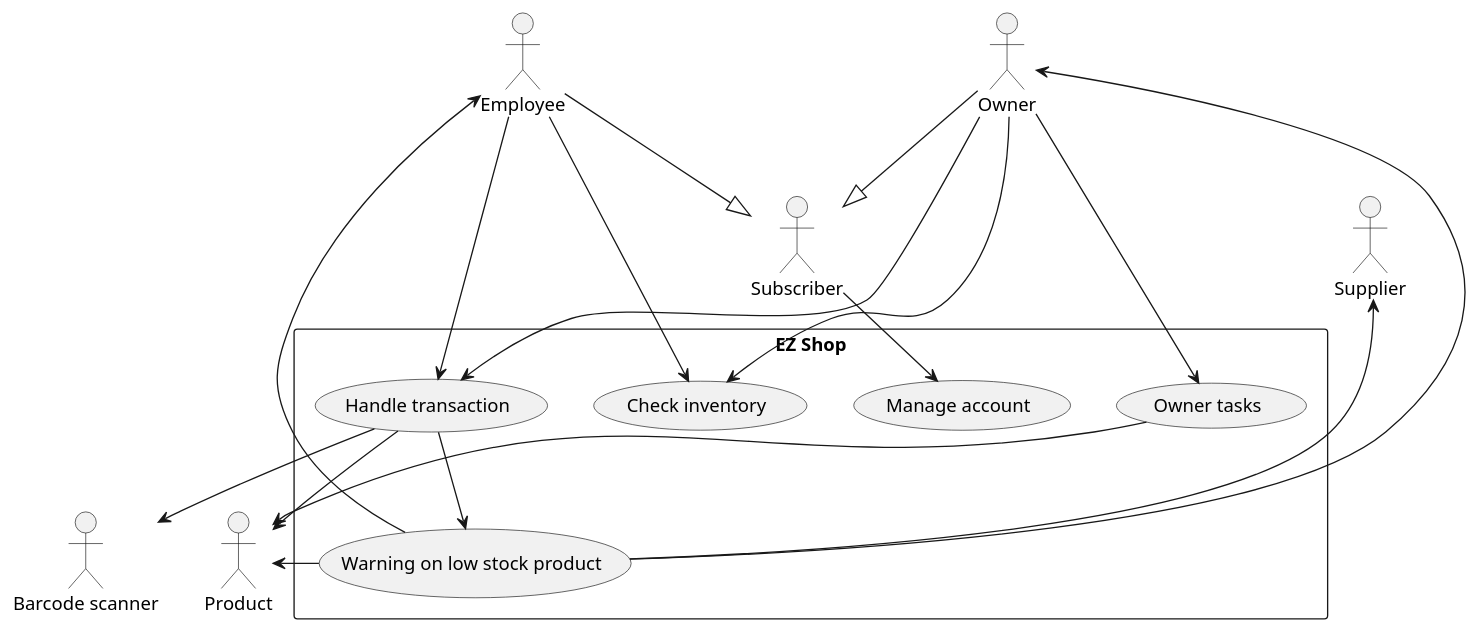
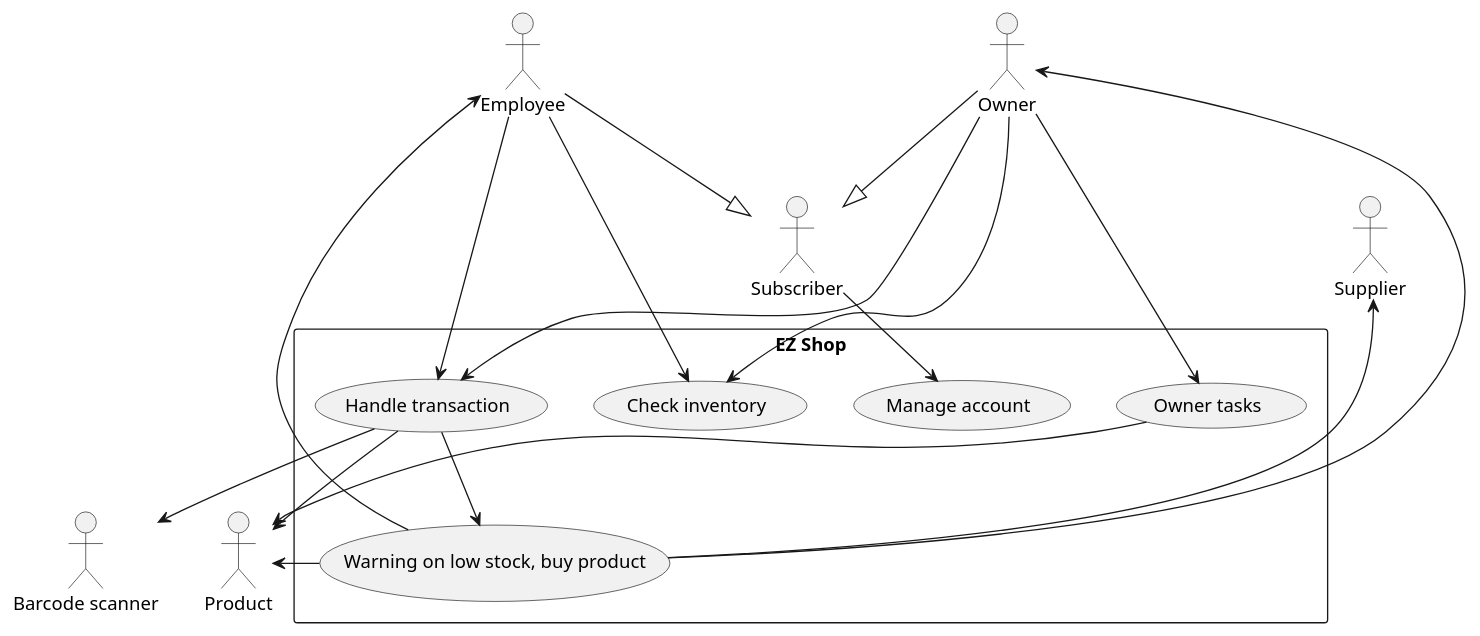
Before and after one commit to nicolabattaglino/ezshop: the second of 7 diagrams in Deliverables/RequirementsDocument.md, drawn with PlantUML. The commit also changed other lines of this file and 1 other file, not shown here.

Commit message:
GuyPrototype.md: added description for warning on low stock, Buy product

````diff
--- a/Deliverables/RequirementsDocument.md
+++ b/Deliverables/RequirementsDocument.md
@@ -203,39 +203,39 @@
 ```plantuml
 @startuml
 
 rectangle "EZ Shop" as EZShop{
-"Warning on low stock product" as (warning)
+"Warning on low stock, buy product" as (warning)
 "Handle transaction" as (handleTransaction)
 
 "Check inventory" as (checkInventory)
 "Manage account" as (manageAccount)
 "Owner tasks" as (ownerTasks)
 
 
 }
 
 "Owner" as owner
 "Employee" as employee
 "Subscriber" as subscriber
 "Supplier" as supplier
 "Product" as product
 "Barcode scanner" as bcScanner
 owner-->(checkInventory)
 employee -->(checkInventory)
 owner --> (ownerTasks)
 (handleTransaction)->product
 (handleTransaction) --> bcScanner
 owner<---(warning)
 employee<---(warning)
 supplier<---(warning)
 (warning)->product
 (ownerTasks)->product
 owner-->(handleTransaction)
 
 owner--|> subscriber
 employee --|>subscriber
 subscriber -->(manageAccount)
 employee-->(handleTransaction)
 (handleTransaction) --> (warning)
 @enduml
 ```
````
